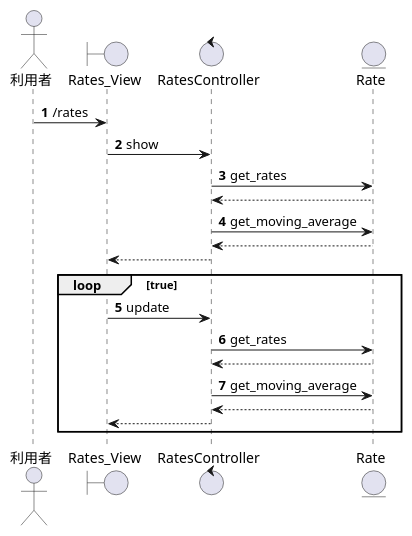
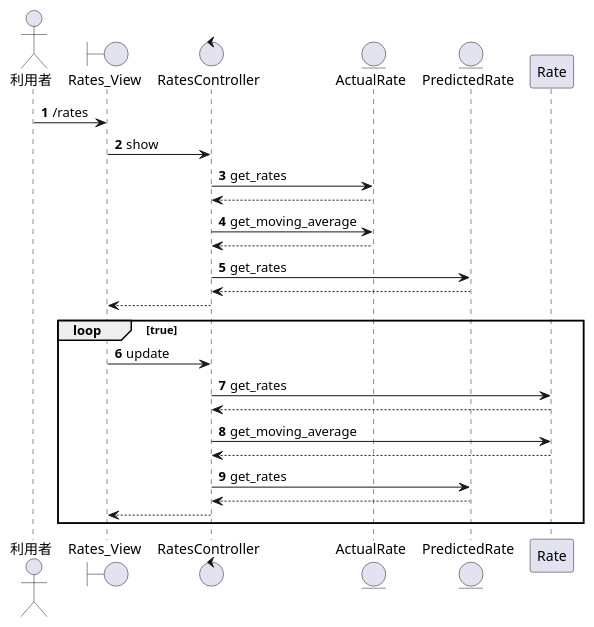
Before and after one commit to Leonis0813/chort: the second of 4 diagrams in regulus/sphinx/design_spec.rst, drawn with PlantUML. The commit also changed other lines of this file, not shown here.

```diff
--- a/regulus/sphinx/design_spec.rst
+++ b/regulus/sphinx/design_spec.rst
@@ -178,37 +190,50 @@
 .. uml::
 
    autonumber
 
    actor 利用者
    boundary Rates_View
    control RatesController
-   entity Rate
+   entity ActualRate
+   entity PredictedRate
    利用者 -> Rates_View : /rates
    Rates_View -> RatesController : show
-   RatesController -> Rate : get_rates
+   RatesController -> ActualRate : get_rates
 
    autonumber stop
-   Rate --> RatesController
+   ActualRate --> RatesController
 
    autonumber resume
-   RatesController -> Rate : get_moving_average
-   
+   RatesController -> ActualRate : get_moving_average
+
    autonumber stop
-   Rate --> RatesController
+   ActualRate --> RatesController
+
+   autonumber resume
+   RatesController -> PredictedRate : get_rates
+
+   autonumber stop
+   PredictedRate --> RatesController
    RatesController --> Rates_View
 
    autonumber resume
    loop true
      Rates_View -> RatesController : update
      RatesController -> Rate : get_rates
 
      autonumber stop
      Rate --> RatesController
 
      autonumber resume
      RatesController -> Rate : get_moving_average
 
      autonumber stop
      Rate --> RatesController
+
+     autonumber resume
+     RatesController -> PredictedRate : get_rates
+
+     autonumber stop
+     PredictedRate --> RatesController
      RatesController --> Rates_View
    end
```
